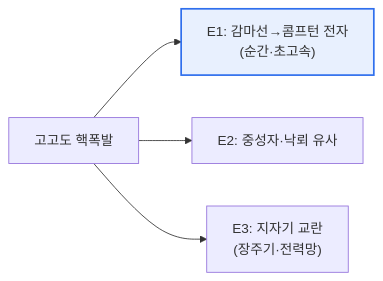
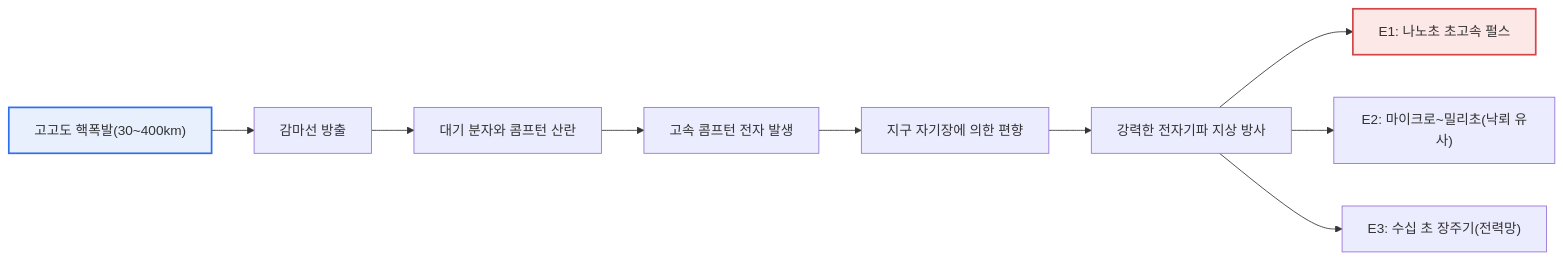
Before and after one commit to coninggu/wjdqhrhksflrltnftk: the first of 2 diagrams in content/emp-attack.md, drawn with Mermaid. The commit also changed other lines of this file and 3 other files, not shown here.

````diff
--- a/content/emp-attack.md
+++ b/content/emp-attack.md
@@ -19,7 +25,13 @@
 ```mermaid
 flowchart LR
-  N["고고도 핵폭발"] --> E1["E1: 감마선→콤프턴 전자<br/>(순간·초고속)"]
-  N --> E2["E2: 중성자·낙뢰 유사"]
-  N --> E3["E3: 지자기 교란<br/>(장주기·전력망)"]
-  style E1 fill:#e8f0fe,stroke:#2f6fed,stroke-width:2px
+  N["고고도 핵폭발(30~400km)"] --> G["감마선 방출"]
+  G --> C["대기 분자와 콤프턴 산란"]
+  C --> CE["고속 콤프턴 전자 발생"]
+  CE --> B["지구 자기장에 의한 편향"]
+  B --> EM["강력한 전자기파 지상 방사"]
+  EM --> E1["E1: 나노초 초고속 펄스"]
+  EM --> E2["E2: 마이크로~밀리초(낙뢰 유사)"]
+  EM --> E3["E3: 수십 초 장주기(전력망)"]
+  style N fill:#e8f0fe,stroke:#2f6fed,stroke-width:2px
+  style E1 fill:#fde8e8,stroke:#d64545,stroke-width:2px
 ```
````
